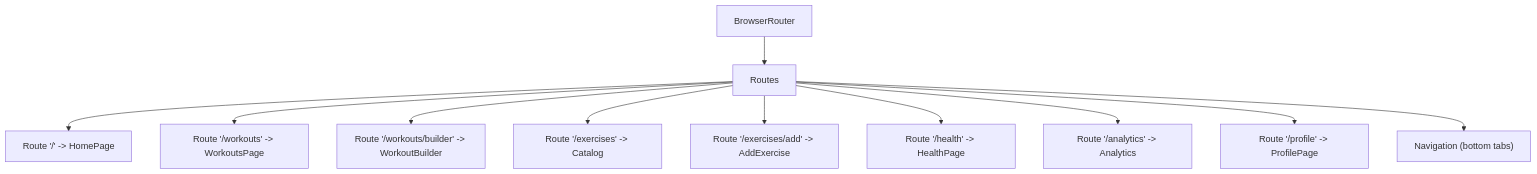
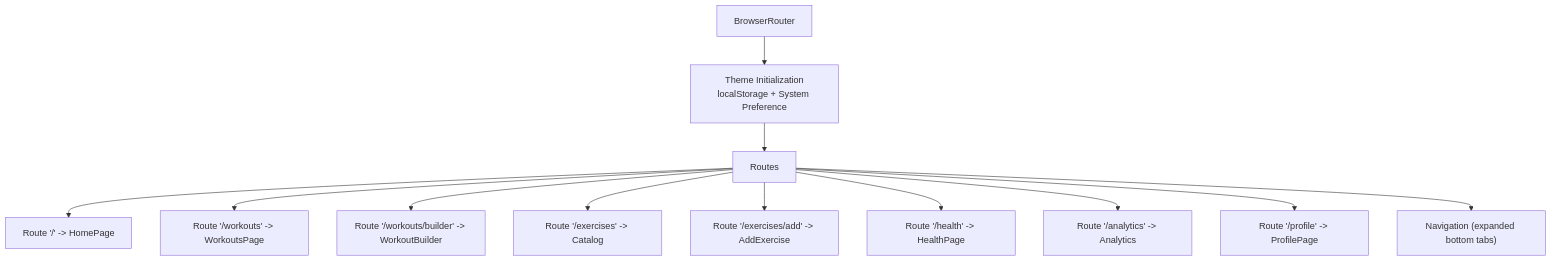
Before and after one commit to nilsnavi/fit_trackerpro: the second of 6 diagrams in .qoder/repowiki/en/content/Frontend Component Architecture/Application Structure & Routing.md, drawn with Mermaid. The commit also changed other lines of this file and 19 other files, not shown here.

````diff
--- a/.qoder/repowiki/en/content/Frontend Component Architecture/Application Structure & Routing.md
+++ b/.qoder/repowiki/en/content/Frontend Component Architecture/Application Structure & Routing.md
@@ -133,24 +147,26 @@
 ```mermaid
 graph TB
 BR["BrowserRouter"]
 R["Routes"]
+TI["Theme Initialization<br/>localStorage + System Preference"]
 RT1["Route '/' -> HomePage"]
 RT2["Route '/workouts' -> WorkoutsPage"]
 RT3["Route '/workouts/builder' -> WorkoutBuilder"]
 RT4["Route '/exercises' -> Catalog"]
 RT5["Route '/exercises/add' -> AddExercise"]
 RT6["Route '/health' -> HealthPage"]
 RT7["Route '/analytics' -> Analytics"]
 RT8["Route '/profile' -> ProfilePage"]
-NAV["Navigation (bottom tabs)"]
-BR --> R
+NAV["Navigation (expanded bottom tabs)"]
+BR --> TI
+TI --> R
 R --> RT1
 R --> RT2
 R --> RT3
 R --> RT4
 R --> RT5
 R --> RT6
 R --> RT7
 R --> RT8
 R --> NAV
 ```
````
